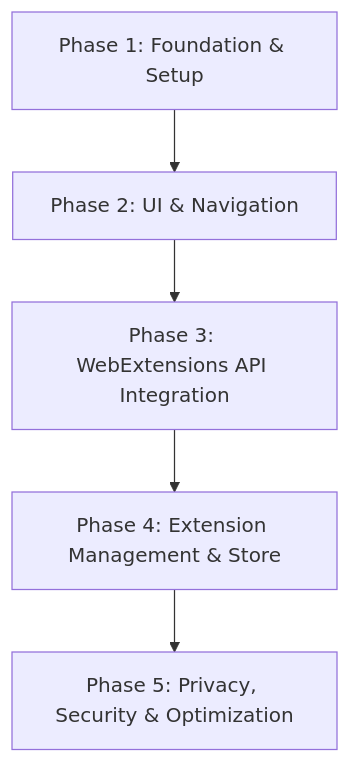
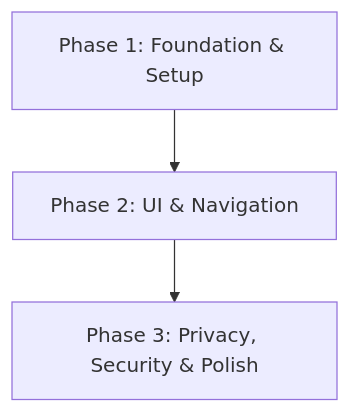
The diagram in README.md (fazza-abiyyu/Yue-Browser), drawn with Mermaid before and after one commit. The commit also changed other lines of this file and 9 other files, not shown here.

````diff
--- a/README.md
+++ b/README.md
@@ -23,7 +21,5 @@
 ```mermaid
 graph TD
     A[Phase 1: Foundation & Setup] --> B[Phase 2: UI & Navigation]
-    B --> C[Phase 3: WebExtensions API Integration]
-    C --> D[Phase 4: Extension Management & Store]
-    D --> E[Phase 5: Privacy, Security & Optimization]
+    B --> C[Phase 3: Privacy, Security & Polish]
 ```
````
